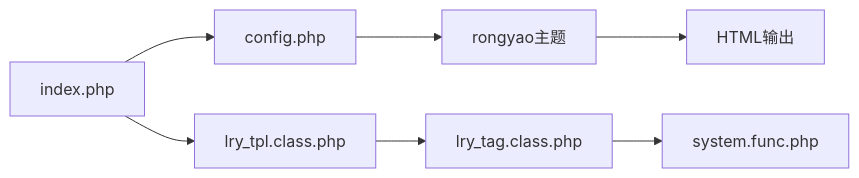
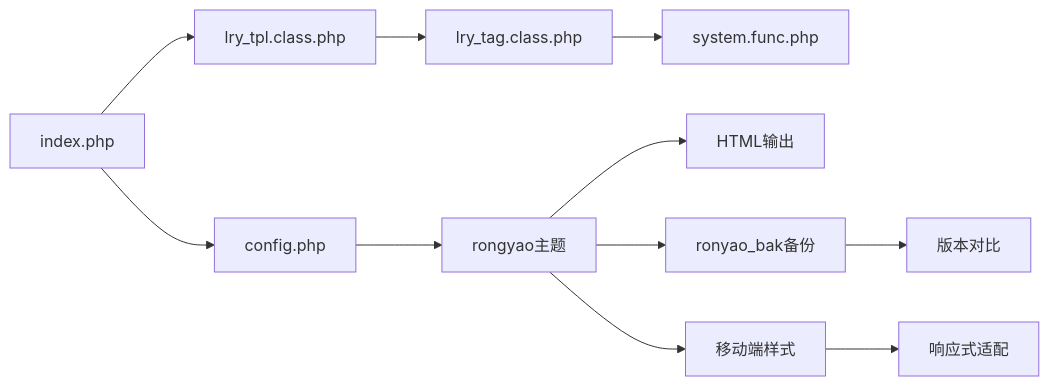
One commit to lirongyaoper/lryblog.com changed the seventh of 7 diagrams in .qoder/repowiki/zh/content/系统架构/模块化设计/前台展示模块/前台模板系统.md. Above: the diagram before and after it, drawn with Mermaid. The commit also changed other lines of this file and 13 other files, not shown here.

````diff
--- a/.qoder/repowiki/zh/content/系统架构/模块化设计/前台展示模块/前台模板系统.md
+++ b/.qoder/repowiki/zh/content/系统架构/模块化设计/前台展示模块/前台模板系统.md
@@ -315,9 +374,13 @@
 ```mermaid
 graph LR
 IDX["index.php"] --> CFG["config.php"]
 IDX --> TPL["lry_tpl.class.php"]
 TPL --> TAG["lry_tag.class.php"]
 TAG --> SYS["system.func.php"]
 CFG --> THEME["rongyao主题"]
 THEME --> HTML["HTML输出"]
+THEME --> BACKUP["ronyao_bak备份"]
+THEME --> MOBILE["移动端样式"]
+BACKUP --> COMPARE["版本对比"]
+MOBILE --> RESPONSIVE["响应式适配"]
 ```
````
